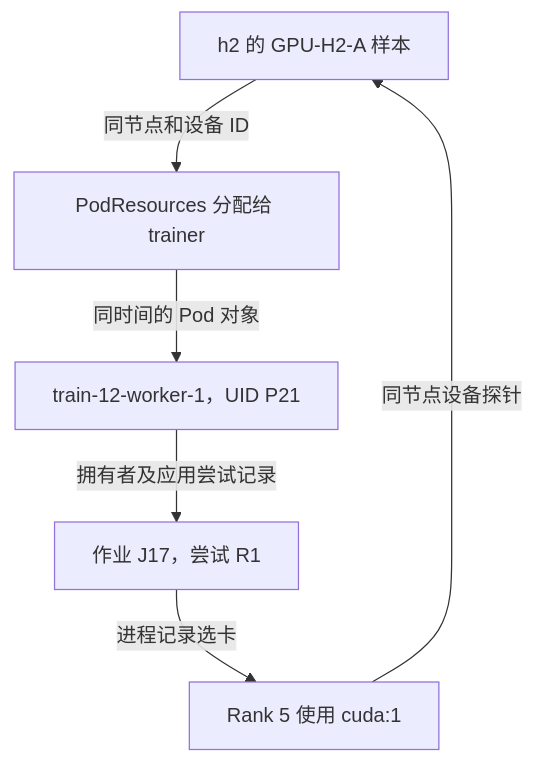
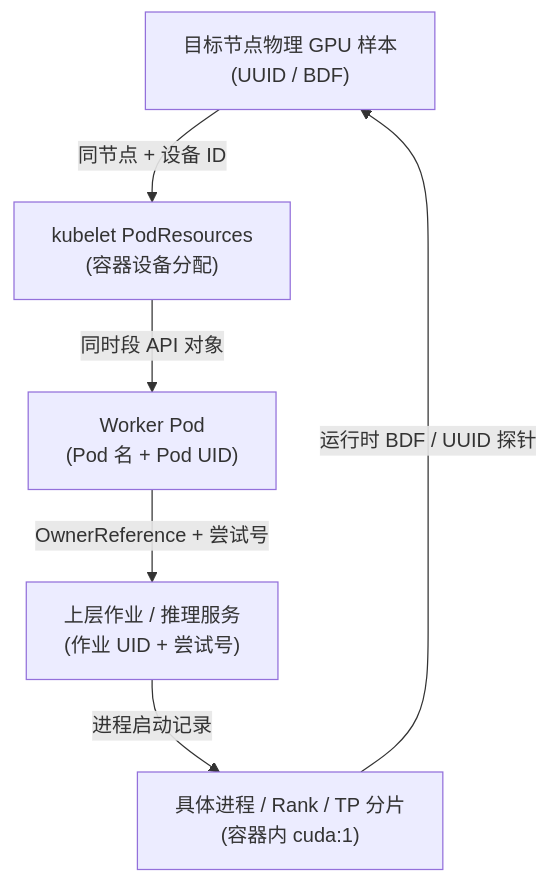
One commit to realtyz/ops-manual changed the diagram in AI-Infra/17_把设备、网络与作业状态联系起来/02_设备、实例与作业的身份关联.md. Above: the diagram before and after it, drawn with Mermaid. The commit also changed other lines of this file and 194 other files, not shown here.

````diff
--- a/AI-Infra/17_把设备、网络与作业状态联系起来/02_设备、实例与作业的身份关联.md
+++ b/AI-Infra/17_把设备、网络与作业状态联系起来/02_设备、实例与作业的身份关联.md
@@ -21,8 +70,9 @@
 ```mermaid
 flowchart TB
-    G["h2 的 GPU-H2-A 样本"] -->|同节点和设备 ID| D["PodResources 分配给 trainer"]
-    D -->|同时间的 Pod 对象| P["train-12-worker-1，UID P21"]
-    P -->|拥有者及应用尝试记录| J["作业 J17，尝试 R1"]
-    J -->|进程记录选卡| R["Rank 5 使用 cuda:1"]
-    R -->|同节点设备探针| G
+    accDescr: 从节点上目标物理 GPU 的遥测样本出发，经 PodResources 容器分配、同时段 Pod 与作业 UID、以及应用启动探针日志，最终把逻辑 Rank 5 闭合回同一张物理卡。
+    G["目标节点物理 GPU 样本<br/>(UUID / BDF)"] -->|同节点 + 设备 ID| D["kubelet PodResources<br/>(容器设备分配)"]
+    D -->|同时段 API 对象| P["Worker Pod<br/>(Pod 名 + Pod UID)"]
+    P -->|OwnerReference + 尝试号| J["上层作业 / 推理服务<br/>(作业 UID + 尝试号)"]
+    J -->|进程启动记录| R["具体进程 / Rank / TP 分片<br/>(容器内 cuda:1)"]
+    R -->|运行时 BDF / UUID 探针| G
 ```
````
